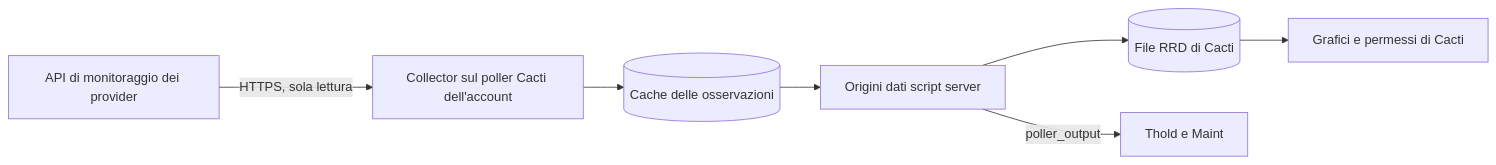
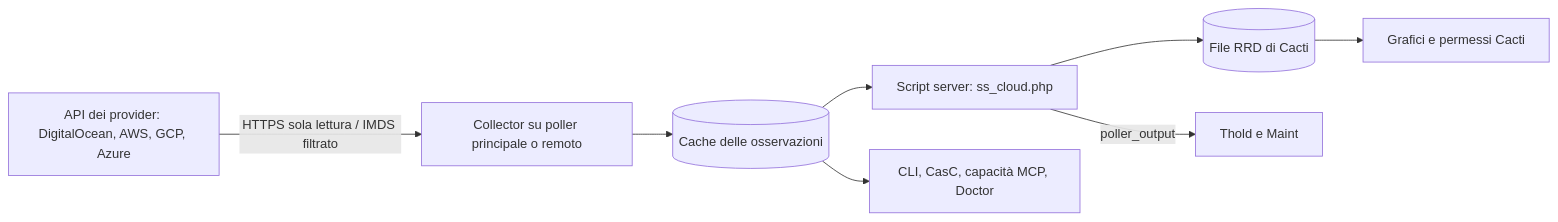
Before and after one commit to somethingwithproof/plugin_cloud: the diagram in docs/i18n/it-IT/README.md, drawn with Mermaid. The commit also changed other lines of this file and 48 other files, not shown here.

First line of the commit message:
docs(readme): document AWS, GCP, Azure drivers, remote collectors, and ecosystem hooks

````diff
--- a/docs/i18n/it-IT/README.md
+++ b/docs/i18n/it-IT/README.md
@@ -110,9 +148,10 @@
 ```mermaid
 flowchart LR
-    API[API di monitoraggio dei provider] -->|HTTPS, sola lettura| C[Collector sul poller Cacti dell'account]
+    API[API dei provider: DigitalOcean, AWS, GCP, Azure] -->|HTTPS sola lettura / IMDS filtrato| C[Collector su poller principale o remoto]
     C --> O[(Cache delle osservazioni)]
-    O --> SS[Origini dati script server]
+    O --> SS[Script server: ss_cloud.php]
     SS --> RRD[(File RRD di Cacti)]
     SS -->|poller_output| T[Thold e Maint]
-    RRD --> G[Grafici e permessi di Cacti]
+    RRD --> G[Grafici e permessi Cacti]
+    O --> ECO[CLI, CasC, capacità MCP, Doctor]
 ```
````
